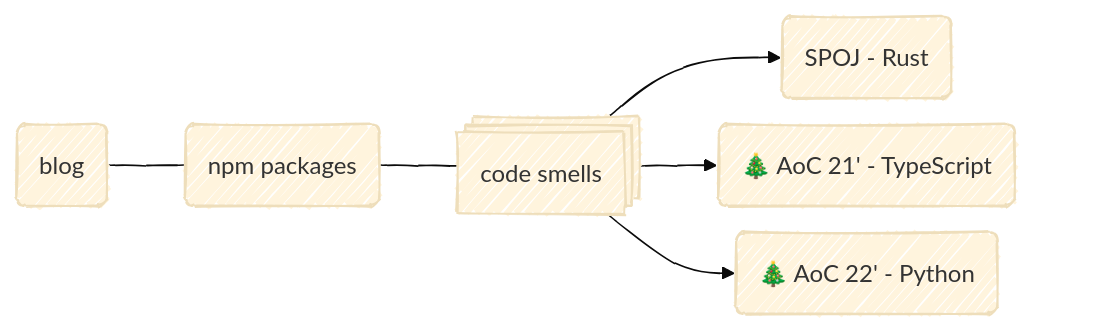
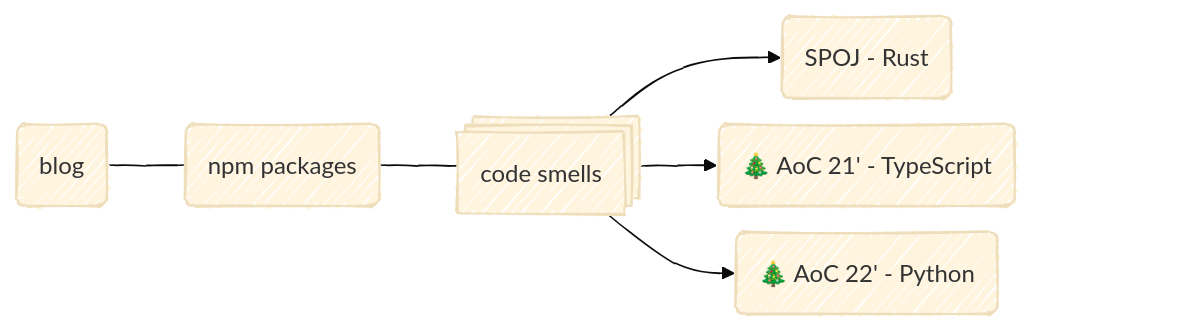
One commit to twistezo/twistezo changed the diagram in README.md. Above: the diagram before and after it, drawn with Mermaid (base theme).

````diff
--- a/README.md
+++ b/README.md
@@ -1,35 +1,35 @@
 ```mermaid
 ---
 config:
   look: handDrawn
   securityLevel: antiscript
   flowchart:
     diagramPadding: 0
     nodeSpacing: 15
     rankSpacing: 50
     padding: 15
 ---
 flowchart LR
     BLOG(blog)
     NPM(npm packages)
     CODE@{ shape: st-rect, label: "code smells"}
     A(SPOJ - Rust)
     B(🎄 AoC 21' - TypeScript)
     C(🎄 AoC 22' - Python)
 
     BLOG --- NPM --- CODE
     CODE --> A
-    CODE --> B ~~~ END
+    CODE --> B ~~~~ END
     CODE --> C
 
     click BLOG href "https://twistezo.github.io/blog/" _blank
     click NPM href "https://www.npmjs.com/~twistezo" _blank
     click A href "https://github.com/twistezo/spoj-tournament" _blank
     click B href "https://github.com/twistezo/advent-of-code-2021" _blank
     click C href "https://github.com/twistezo/advent-of-code-2021" _blank
 
     classDef hidden display: none
     class END hidden
     class BLOG,NPM,CODE,A,B,C link
     classDef link text-decoration: none
 ```
````
